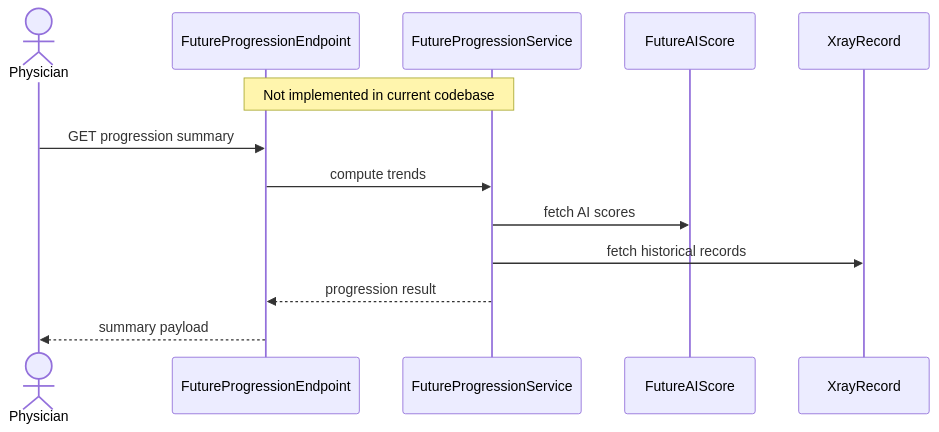
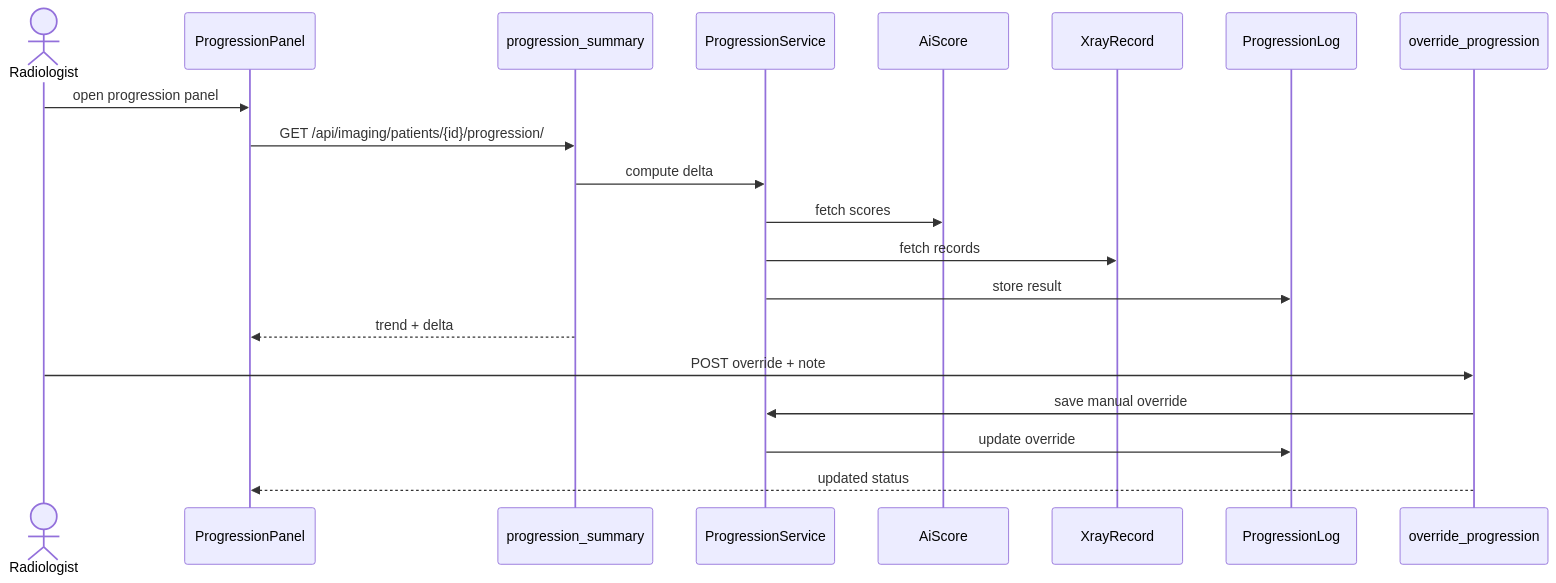
The diagram in documentation/sequence diagrams/3.3_Sequence Diagram.md (DymNomZ/TBXR), drawn with Mermaid before and after one commit. The commit also changed 24 other files, not shown here.

````diff
--- a/documentation/sequence diagrams/3.3_Sequence Diagram.md
+++ b/documentation/sequence diagrams/3.3_Sequence Diagram.md
@@ -1,16 +1,24 @@
 ```mermaid
 sequenceDiagram
-    actor Physician
-    participant Endpoint as FutureProgressionEndpoint
-    participant Service as FutureProgressionService
-    participant Score as FutureAIScore
+    actor Radiologist
+    participant UI as ProgressionPanel
+    participant API as progression_summary
+    participant Service as ProgressionService
+    participant Score as AiScore
     participant Rec as XrayRecord
+    participant Log as ProgressionLog
+    participant Override as override_progression
 
-    Note over Endpoint,Service: Not implemented in current codebase
-    Physician->>Endpoint: GET progression summary
-    Endpoint->>Service: compute trends
-    Service->>Score: fetch AI scores
-    Service->>Rec: fetch historical records
-    Service-->>Endpoint: progression result
-    Endpoint-->>Physician: summary payload
+    Radiologist->>UI: open progression panel
+    UI->>API: GET /api/imaging/patients/{id}/progression/
+    API->>Service: compute delta
+    Service->>Score: fetch scores
+    Service->>Rec: fetch records
+    Service->>Log: store result
+    API-->>UI: trend + delta
+
+    Radiologist->>Override: POST override + note
+    Override->>Service: save manual override
+    Service->>Log: update override
+    Override-->>UI: updated status
 ```
````
